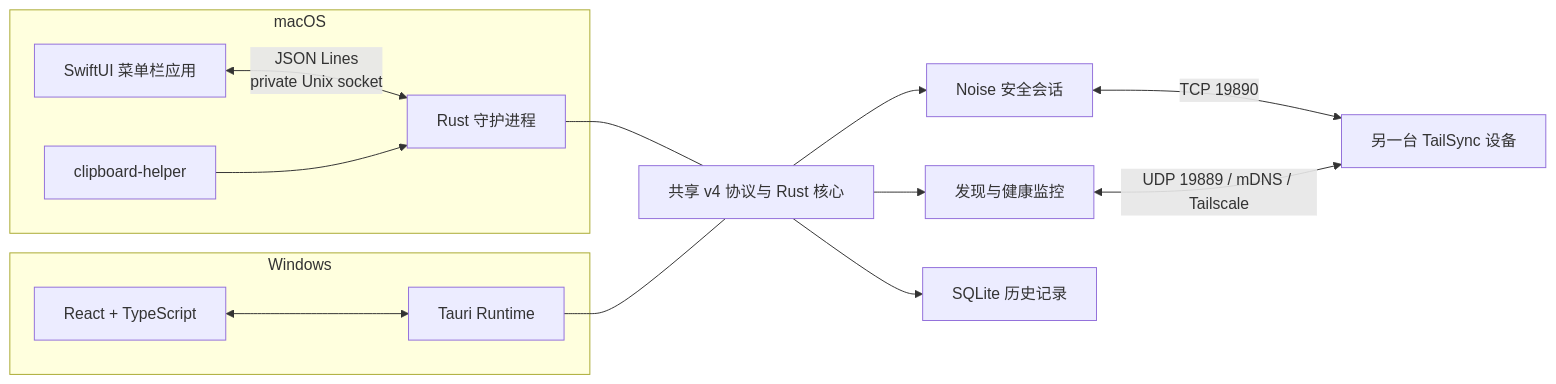
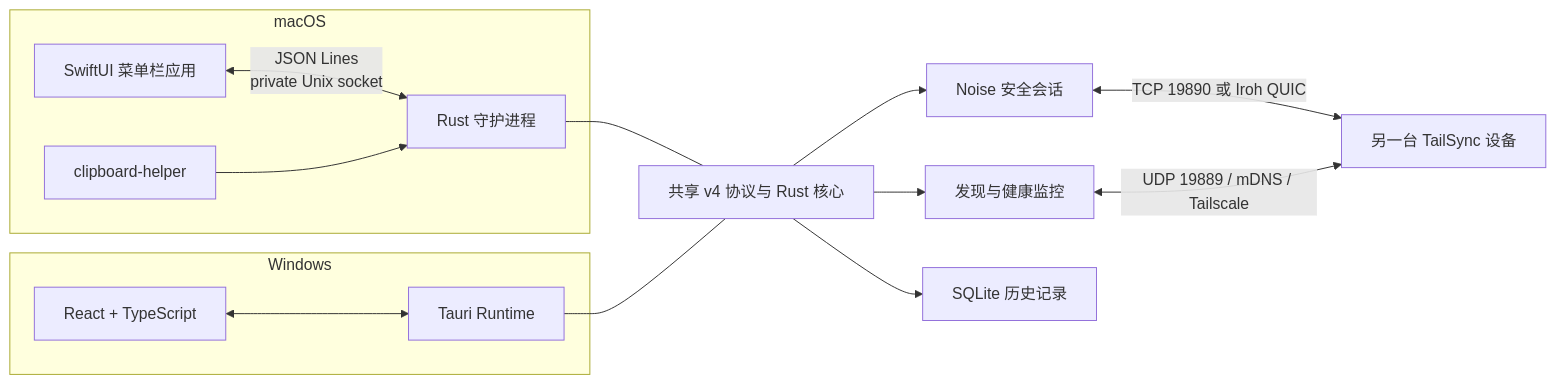
Before and after one commit to monet4070/TailSync: the diagram in README.md, drawn with Mermaid. The commit also changed other lines of this file and 72 other files, not shown here.

First line of the commit message:
feat(pairing): add serverless Iroh invite flow

````diff
--- a/README.md
+++ b/README.md
@@ -69,24 +71,24 @@
 ```mermaid
 flowchart LR
     subgraph Mac[macOS]
         S[SwiftUI 菜单栏应用]
         D[Rust 守护进程]
         H[clipboard-helper]
         S <-->|JSON Lines<br/>private Unix socket| D
         H --> D
     end
 
     subgraph Win[Windows]
         R[React + TypeScript]
         T[Tauri Runtime]
         R <--> T
     end
 
     D --- C[共享 v4 协议与 Rust 核心]
     T --- C
     C --> P[发现与健康监控]
     C --> N[Noise 安全会话]
     C --> DB[SQLite 历史记录]
-    N <-->|TCP 19890| Peer[另一台 TailSync 设备]
+    N <-->|TCP 19890 或 Iroh QUIC| Peer[另一台 TailSync 设备]
     P <-->|UDP 19889 / mDNS / Tailscale| Peer
 ```
````
